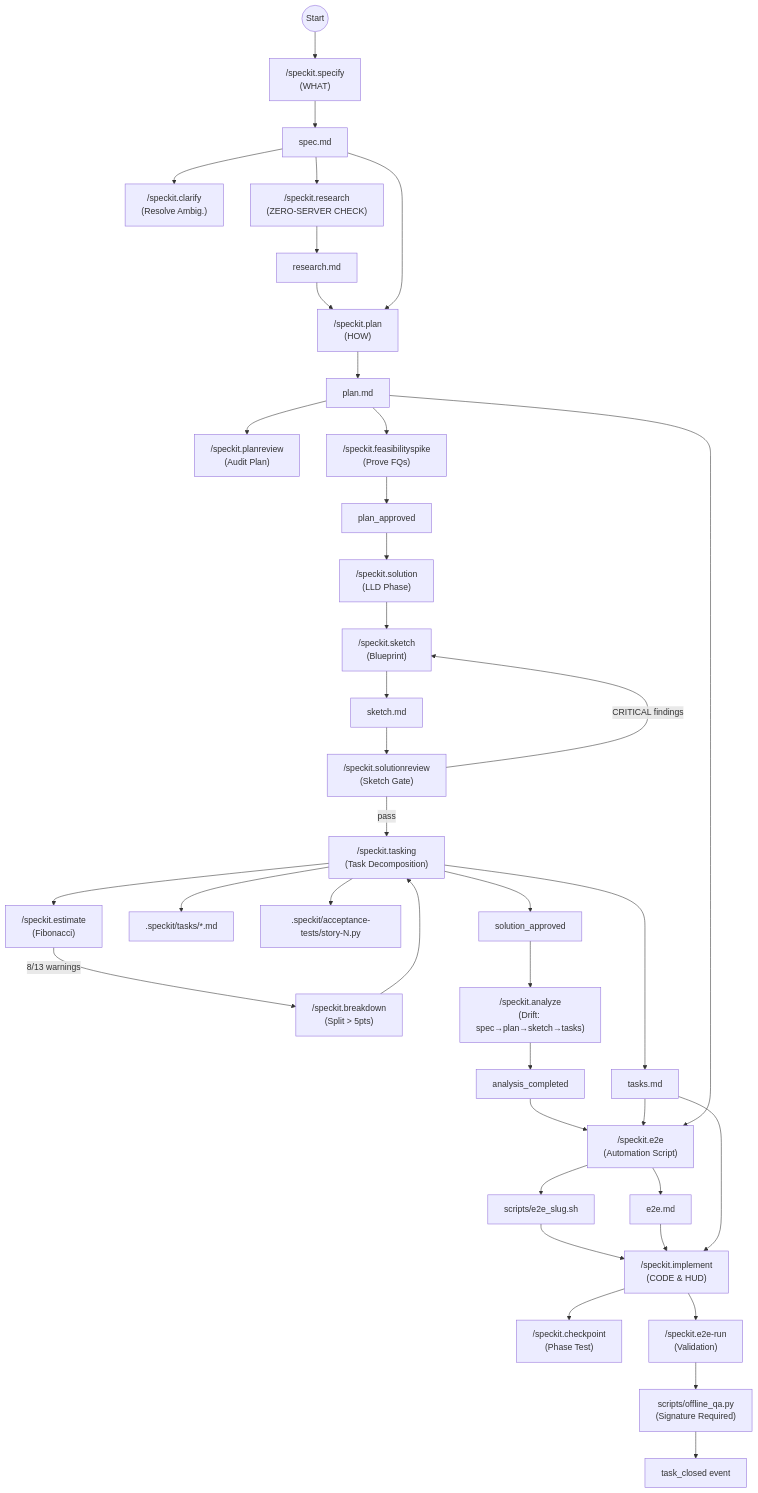
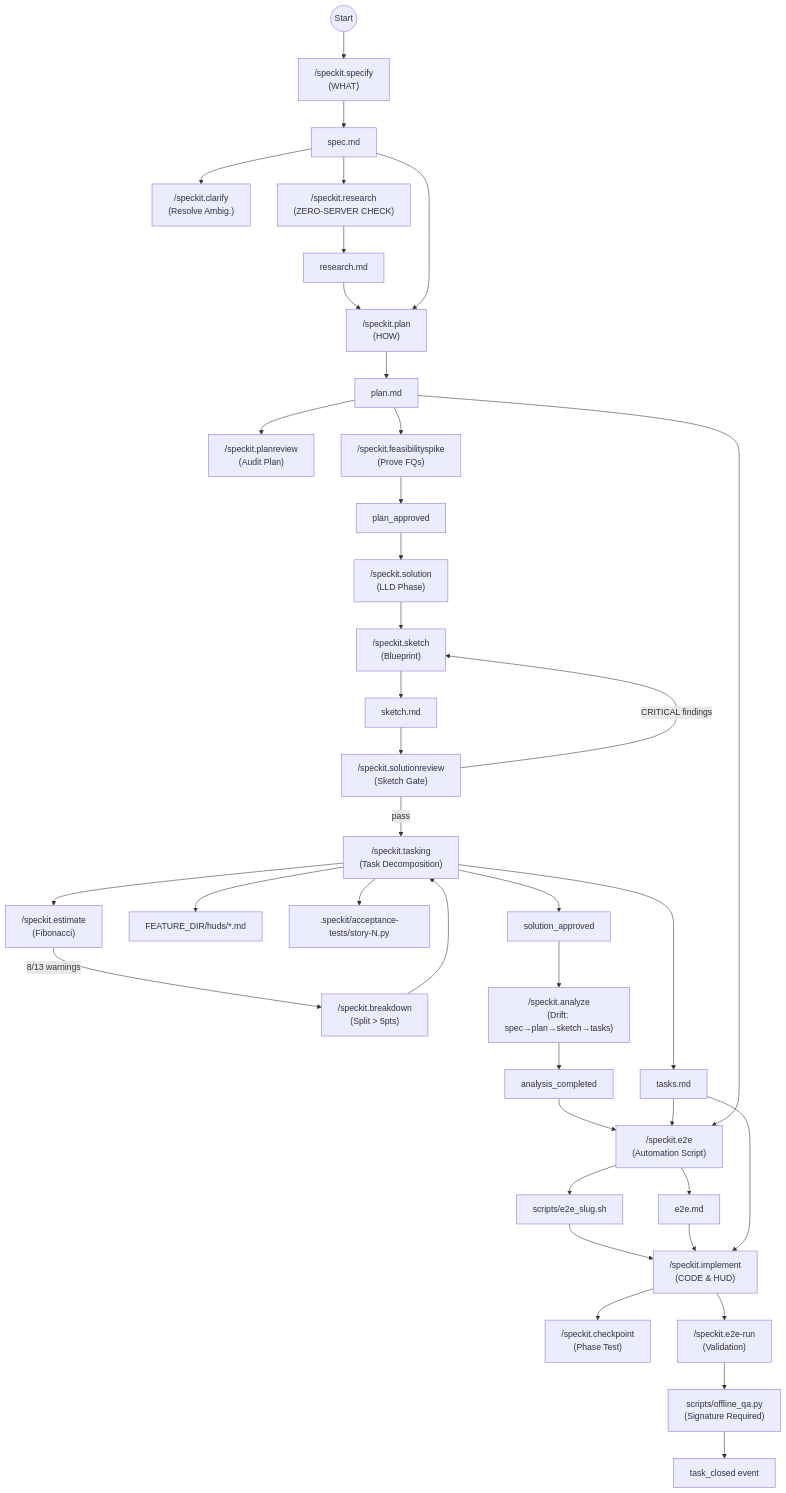
The diagram in constitution-workflow.md (aborczuk/app-foundation), drawn with Mermaid before and after one commit. The commit also changed 9 other files, not shown here.

Commit message:
chore(speckit): move HUD artifacts to feature-local dirs

````diff
--- a/constitution-workflow.md
+++ b/constitution-workflow.md
@@ -5,57 +5,57 @@
 ```mermaid
 graph TD
     %% Phase 1: Discovery & Definition
     START((Start)) --> Specify["/speckit.specify<br/>(WHAT)"]
     Specify --> spec_md[spec.md]
     spec_md --> Clarify["/speckit.clarify<br/>(Resolve Ambig.)"]
 
     %% Phase 2: Architecture & Research (THE HARD GATE)
     spec_md --> Research["/speckit.research<br/>(ZERO-SERVER CHECK)"]
     Research --> research_md[research.md]
 
     %% Phase 3: Planning
     research_md & spec_md --> Plan["/speckit.plan<br/>(HOW)"]
     Plan --> plan_md[plan.md]
     plan_md --> PlanReview["/speckit.planreview<br/>(Audit Plan)"]
 
     %% Phase 3b: Feasibility (sub-process of plan — runs after planreview)
     plan_md --> FeasibilitySpike["/speckit.feasibilityspike<br/>(Prove FQs)"]
     FeasibilitySpike --> plan_approved[plan_approved]
 
     %% Phase 4: Solution (sketch-first)
     plan_approved --> Solution["/speckit.solution<br/>(LLD Phase)"]
     Solution --> Sketch["/speckit.sketch<br/>(Blueprint)"]
     Sketch --> sketch_md[sketch.md]
     sketch_md --> SolReview["/speckit.solutionreview<br/>(Sketch Gate)"]
     SolReview -->|CRITICAL findings| Sketch
     SolReview -->|pass| Tasking["/speckit.tasking<br/>(Task Decomposition)"]
 
     %% Tasking internal subprocess loop
     Tasking --> Estimate["/speckit.estimate<br/>(Fibonacci)"]
     Estimate -->|8/13 warnings| Breakdown["/speckit.breakdown<br/>(Split > 5pts)"]
     Breakdown --> Tasking
 
     %% Tasking outputs after stabilization
     Tasking --> tasks_md[tasks.md]
-    Tasking --> huds[.speckit/tasks/*.md]
+    Tasking --> huds[FEATURE_DIR/huds/*.md]
     Tasking --> acceptance[.speckit/acceptance-tests/story-N.py]
     Tasking --> solution_approved[solution_approved]
 
     %% Phase 5: Post-solution analysis (separate event)
     solution_approved --> Analyze["/speckit.analyze<br/>(Drift: spec→plan→sketch→tasks)"]
     Analyze --> analysis_completed[analysis_completed]
 
     %% Phase 6: Pre-Flight
     analysis_completed & tasks_md & plan_md --> E2E["/speckit.e2e<br/>(Automation Script)"]
     E2E --> e2e_md[e2e.md]
     E2E --> e2e_script[scripts/e2e_slug.sh]
 
     %% Phase 7: Implementation
     e2e_script & e2e_md & tasks_md --> Implement["/speckit.implement<br/>(CODE & HUD)"]
 
     %% Phase 8: Verification
     Implement --> Checkpoint["/speckit.checkpoint<br/>(Phase Test)"]
     Implement --> E2E_Run["/speckit.e2e-run<br/>(Validation)"]
     E2E_Run --> QA_Sentry["scripts/offline_qa.py<br/>(Signature Required)"]
     QA_Sentry --> task_closed[task_closed event]
 ```
````
